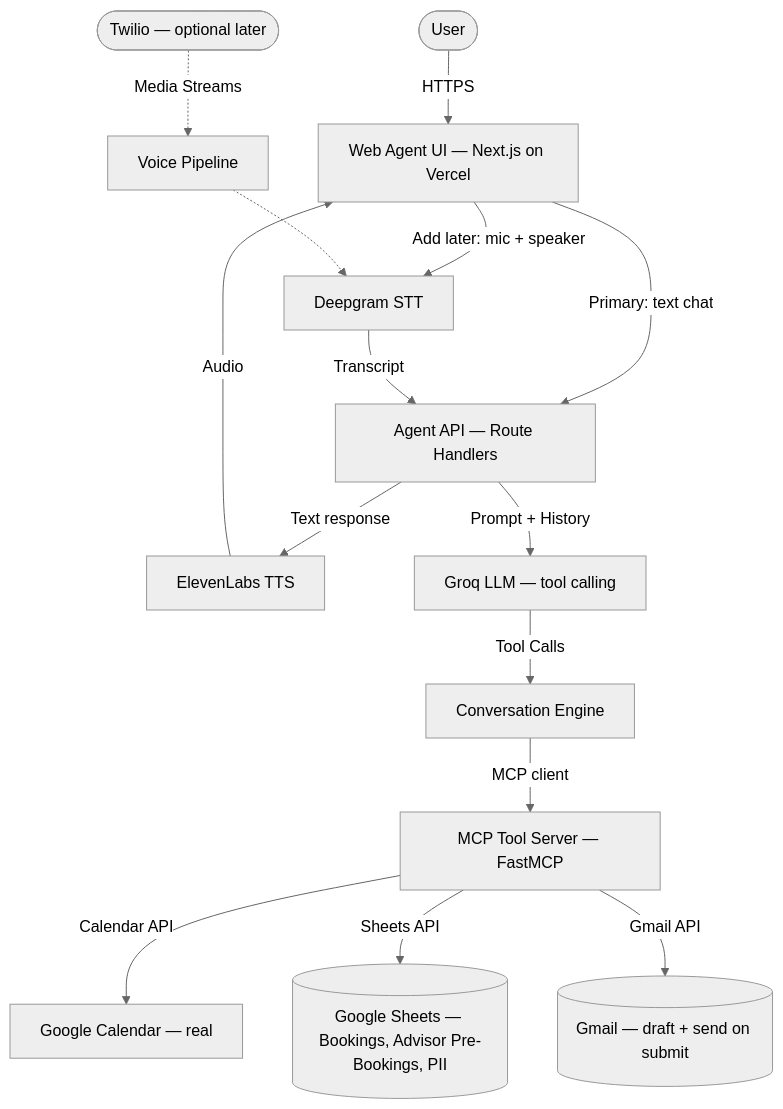
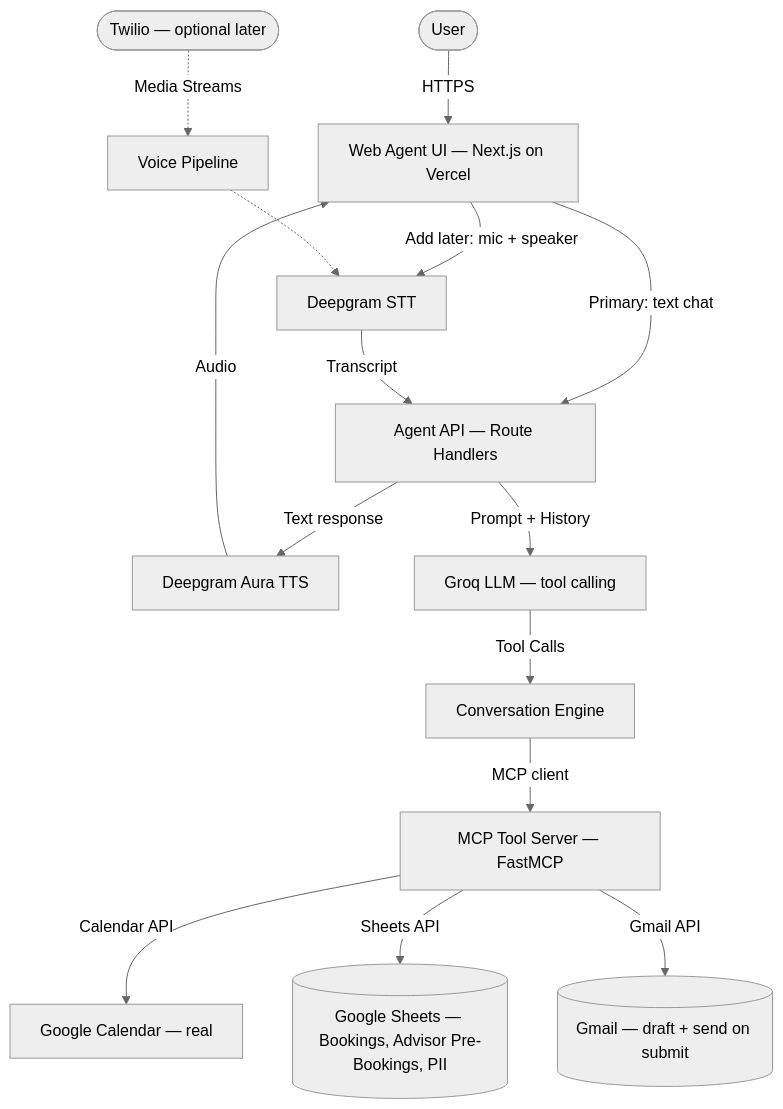
Before and after one commit to sonal-dks/Voice-Agent: the first of 5 diagrams in Docs/architecture.md, drawn with Mermaid (neutral theme). The commit also changed other lines of this file and 8 other files, not shown here.

First line of the commit message:
feat(voice): Deepgram Aura TTS and architecture docs

````diff
--- a/Docs/architecture.md
+++ b/Docs/architecture.md
@@ -53,17 +53,17 @@
 ```mermaid
 graph TD
     User([User]) -->|HTTPS| WebUI[Web Agent UI — Next.js on Vercel]
     WebUI -->|Primary: text chat| API[Agent API — Route Handlers]
     WebUI -->|Add later: mic + speaker| STT[Deepgram STT]
     STT -->|Transcript| API
-    API -->|Text response| TTS[ElevenLabs TTS]
+    API -->|Text response| TTS[Deepgram Aura TTS]
     TTS -->|Audio| WebUI
     API -->|Prompt + History| LLM[Groq LLM — tool calling]
     LLM -->|Tool Calls| CE[Conversation Engine]
     CE -->|MCP client| MCPServer[MCP Tool Server — FastMCP]
     MCPServer -->|Calendar API| GCal[Google Calendar — real]
     MCPServer -->|Sheets API| Sheets[(Google Sheets — Bookings, Advisor Pre-Bookings, PII)]
     MCPServer -->|Gmail API| EmailSvc[(Gmail — draft + send on submit)]
     TwilioOpt([Twilio — optional later]) -.->|Media Streams| VoicePipeline[Voice Pipeline]
     VoicePipeline -.-> STT
 ```
````
